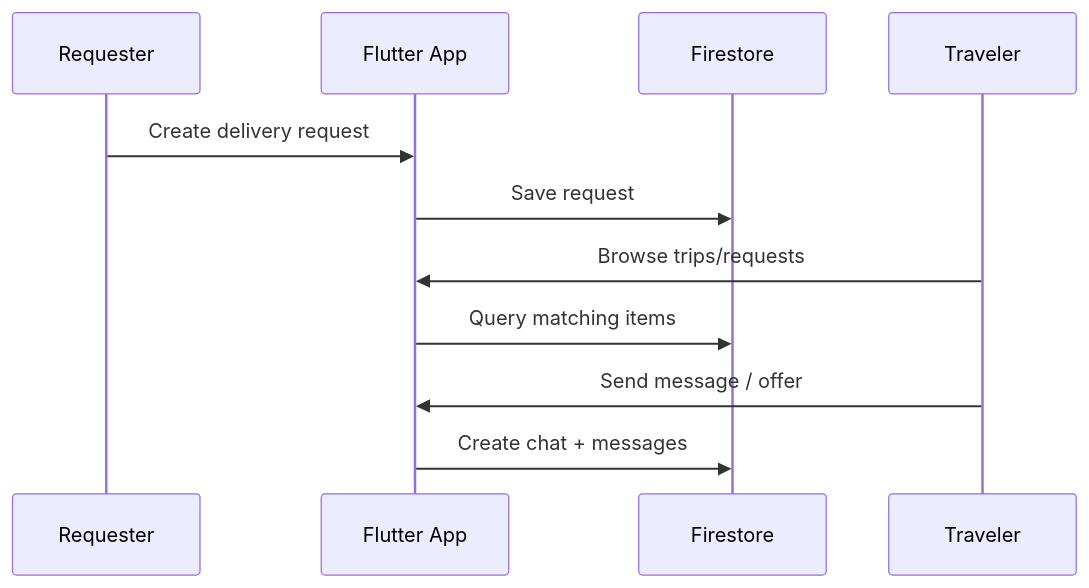
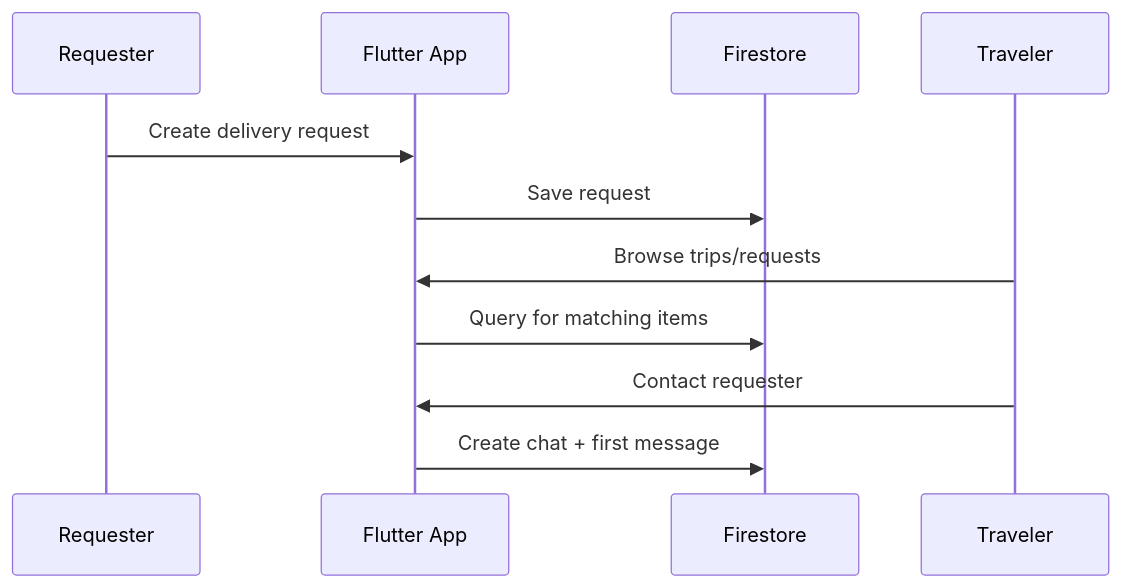
One commit to Almichot-1/p2p-delivery-platform changed the fourth of 5 diagrams in README.md. Above: the diagram before and after it, drawn with Mermaid. The commit also changed other lines of this file, not shown here.

````diff
--- a/README.md
+++ b/README.md
@@ -100,14 +161,14 @@
 ```mermaid
 sequenceDiagram
   participant R as Requester
   participant App as Flutter App
   participant DB as Firestore
   participant T as Traveler
 
   R->>App: Create delivery request
   App->>DB: Save request
   T->>App: Browse trips/requests
-  App->>DB: Query matching items
-  T->>App: Send message / offer
-  App->>DB: Create chat + messages
+  App->>DB: Query for matching items
+  T->>App: Contact requester
+  App->>DB: Create chat + first message
 ```
````
